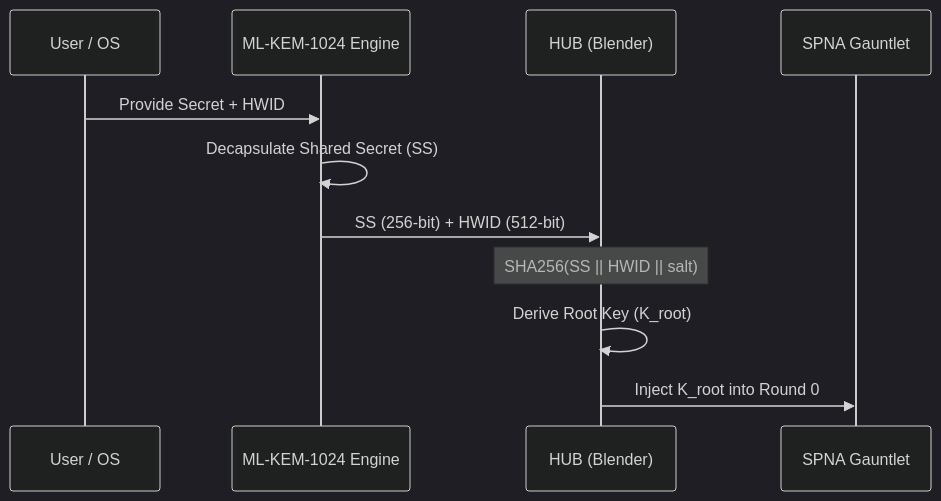
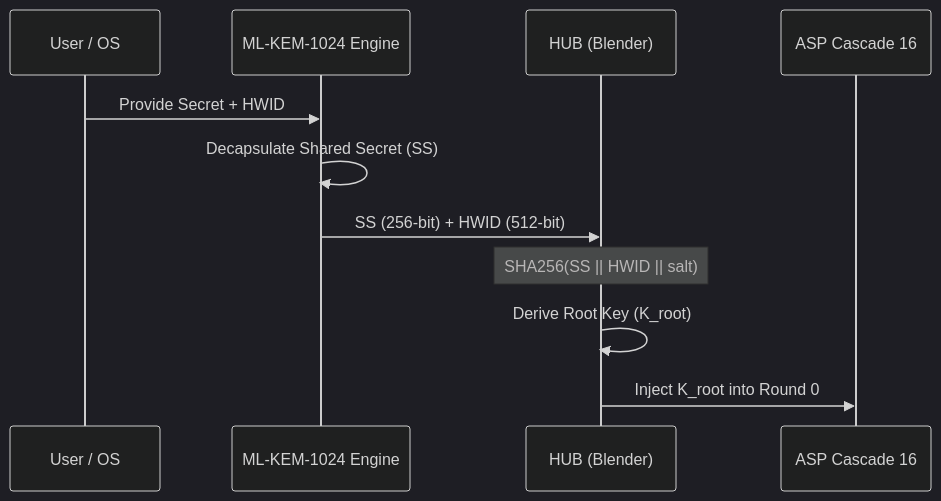
The second of 4 diagrams in d-asp/DASP_SYSTEM_FLOW.md (Kryklin/darkstar), drawn with Mermaid (dark theme) before and after one commit. The commit also changed other lines of this file and 15 other files, not shown here.

````diff
--- a/d-asp/DASP_SYSTEM_FLOW.md
+++ b/d-asp/DASP_SYSTEM_FLOW.md
@@ -38,14 +38,14 @@
 ```mermaid
 sequenceDiagram
     participant U as User / OS
     participant K as ML-KEM-1024 Engine
     participant H as HUB (Blender)
-    participant G as SPNA Gauntlet
+    participant G as ASP Cascade 16
 
     U->>K: Provide Secret + HWID
     K->>K: Decapsulate Shared Secret (SS)
     K->>H: SS (256-bit) + HWID (512-bit)
     Note over H: SHA256(SS || HWID || salt)
     H->>H: Derive Root Key (K_root)
     H->>G: Inject K_root into Round 0
 ```
````
